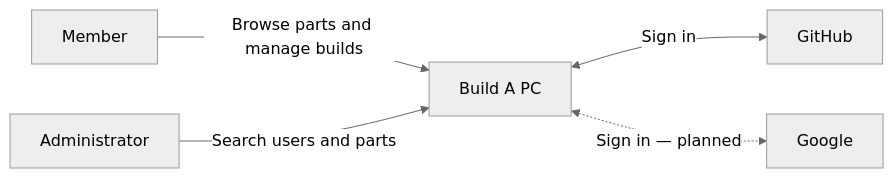
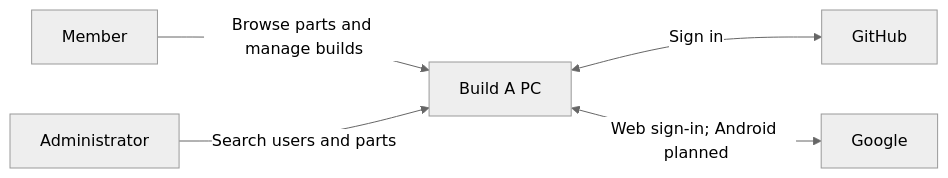
One commit to The-Fry-Guys/Build_A_PC changed the first of 2 diagrams in docs/architecture.md. Above: the diagram before and after it, drawn with Mermaid (neutral theme). The commit also changed other lines of this file and 44 other files, not shown here.

Commit message:
web google oauth functional

````diff
--- a/docs/architecture.md
+++ b/docs/architecture.md
@@ -8,7 +8,7 @@
 ```mermaid
 flowchart LR
     Member["Member"] -->|"Browse parts and manage builds"| System["Build A PC"]
     Admin["Administrator"] -->|"Search users and parts"| System
     System <-->|"Sign in"| GitHub["GitHub"]
-    System <-.->|"Sign in — planned"| Google["Google"]
+    System <-->|"Web sign-in; Android planned"| Google["Google"]
 ```
````
